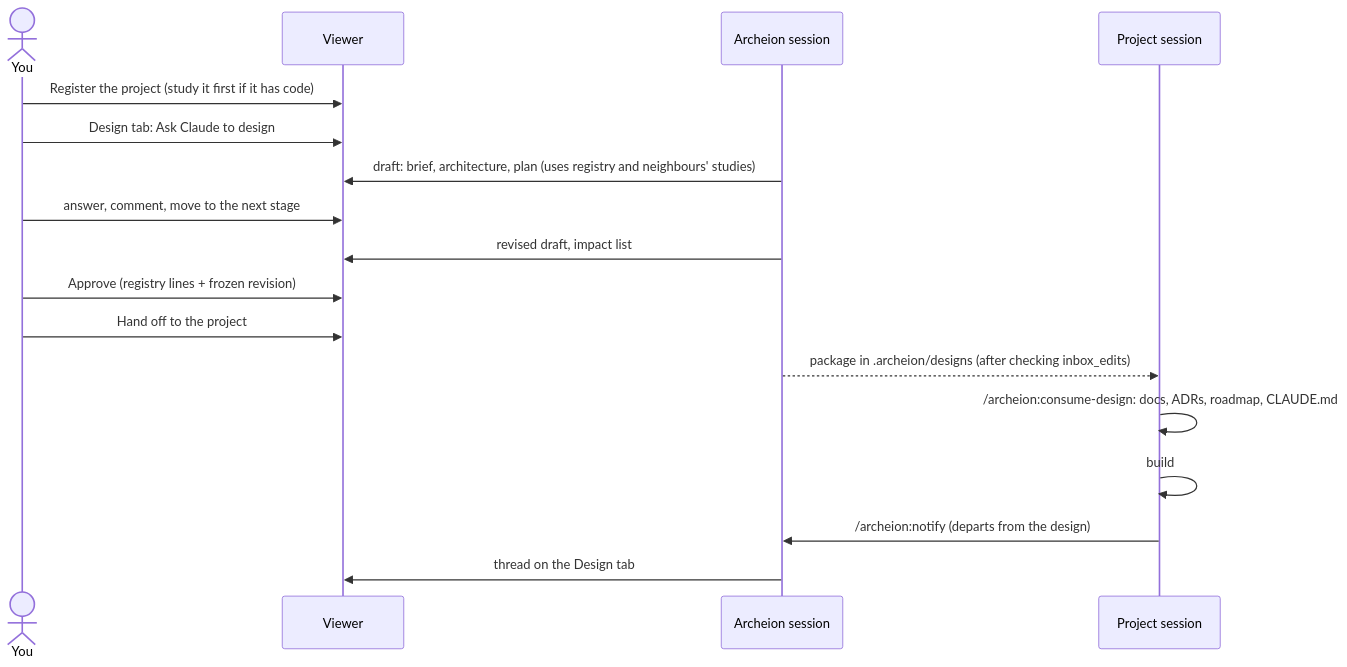
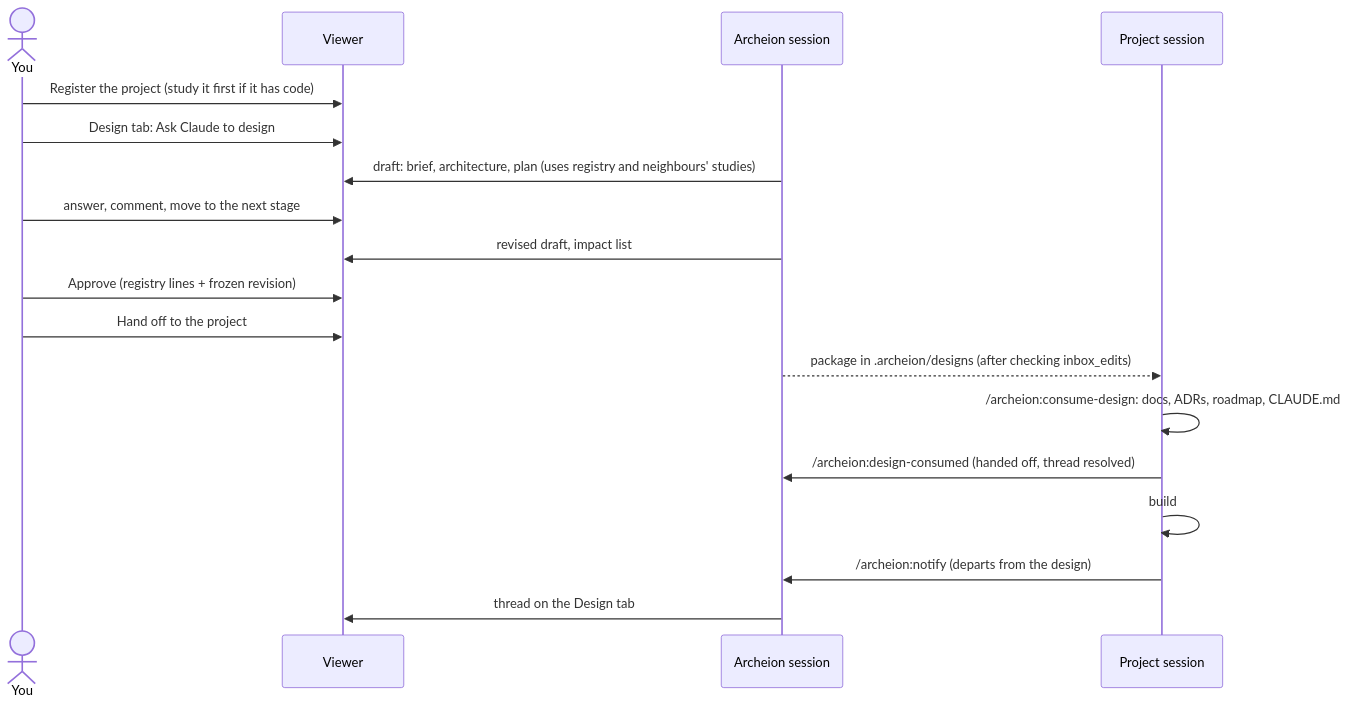
Before and after one commit to Aricato15/Archeion: the fourth of 7 diagrams in docs/guides/use-cases.md, drawn with Mermaid. The commit also changed other lines of this file and 4 other files, not shown here.

First line of the commit message:
docs(design): document the design-consumed plugin skill

````diff
--- a/docs/guides/use-cases.md
+++ b/docs/guides/use-cases.md
@@ -134,19 +134,20 @@
 ```mermaid
 sequenceDiagram
   actor You
   participant V as Viewer
   participant A as Archeion session
   participant P as Project session
   You->>V: Register the project (study it first if it has code)
   You->>V: Design tab: Ask Claude to design
   A->>V: draft: brief, architecture, plan (uses registry and neighbours' studies)
   You->>V: answer, comment, move to the next stage
   A->>V: revised draft, impact list
   You->>V: Approve (registry lines + frozen revision)
   You->>V: Hand off to the project
   A-->>P: package in .archeion/designs (after checking inbox_edits)
   P->>P: /archeion:consume-design: docs, ADRs, roadmap, CLAUDE.md
+  P->>A: /archeion:design-consumed (handed off, thread resolved)
   P->>P: build
   P->>A: /archeion:notify (departs from the design)
   A->>V: thread on the Design tab
 ```
````
